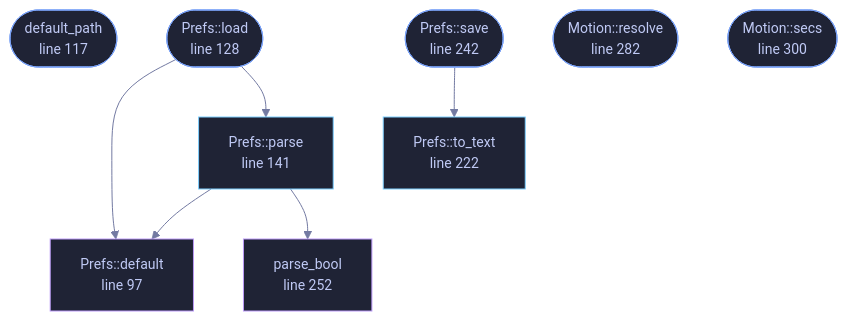
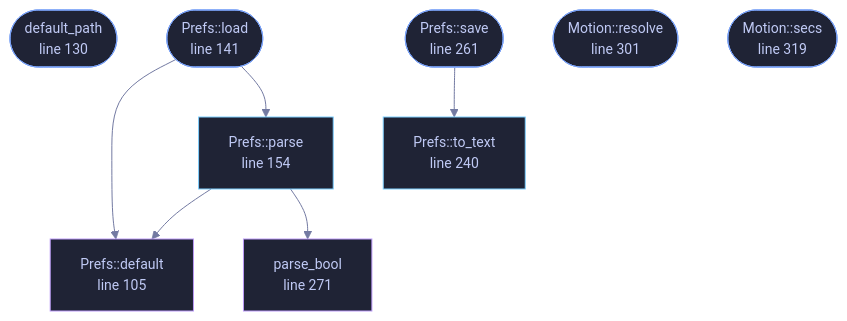
One commit to tilas01/veilvoice changed the diagram in docs/files/veilvoice-gui/prefs.md. Above: the diagram before and after it, drawn with Mermaid. The commit also changed other lines of this file and 81 other files, not shown here.

````diff
--- a/docs/files/veilvoice-gui/prefs.md
+++ b/docs/files/veilvoice-gui/prefs.md
@@ -109,33 +109,33 @@
 ```mermaid
 %%{init: {"theme":"base","themeVariables":{"background":"#1a1b26","primaryColor":"#1f2335","primaryTextColor":"#c0caf5","primaryBorderColor":"#7aa2f7","secondaryColor":"#16161e","tertiaryColor":"#16161e","lineColor":"#737aa2","textColor":"#c0caf5","mainBkg":"#1f2335","nodeBorder":"#7aa2f7","clusterBkg":"#16161e","clusterBorder":"#2f3549","fontFamily":"ui-monospace, SFMono-Regular, Consolas, monospace","fontSize":"14px"}}}%%
 flowchart TD
-    n_default["Prefs::default<br/>line 97"]
-    n_default_path(["default_path<br/>line 117"])
-    n_load(["Prefs::load<br/>line 128"])
-    n_parse["Prefs::parse<br/>line 141"]
-    n_to_text["Prefs::to_text<br/>line 222"]
-    n_save(["Prefs::save<br/>line 242"])
-    n_parse_bool["parse_bool<br/>line 252"]
-    n_resolve(["Motion::resolve<br/>line 282"])
-    n_secs(["Motion::secs<br/>line 300"])
+    n_default["Prefs::default<br/>line 105"]
+    n_default_path(["default_path<br/>line 130"])
+    n_load(["Prefs::load<br/>line 141"])
+    n_parse["Prefs::parse<br/>line 154"]
+    n_to_text["Prefs::to_text<br/>line 240"]
+    n_save(["Prefs::save<br/>line 261"])
+    n_parse_bool["parse_bool<br/>line 271"]
+    n_resolve(["Motion::resolve<br/>line 301"])
+    n_secs(["Motion::secs<br/>line 319"])
     n_load --> n_default
     n_load --> n_parse
     n_parse --> n_default
     n_parse --> n_parse_bool
     n_save --> n_to_text
-    click n_default href "https://github.com/tilas01/veilvoice/blob/main/crates/veilvoice-gui/src/prefs.rs#L97" "open the source"
-    click n_default_path href "https://github.com/tilas01/veilvoice/blob/main/crates/veilvoice-gui/src/prefs.rs#L117" "open the source"
-    click n_load href "https://github.com/tilas01/veilvoice/blob/main/crates/veilvoice-gui/src/prefs.rs#L128" "open the source"
-    click n_parse href "https://github.com/tilas01/veilvoice/blob/main/crates/veilvoice-gui/src/prefs.rs#L141" "open the source"
-    click n_to_text href "https://github.com/tilas01/veilvoice/blob/main/crates/veilvoice-gui/src/prefs.rs#L222" "open the source"
-    click n_save href "https://github.com/tilas01/veilvoice/blob/main/crates/veilvoice-gui/src/prefs.rs#L242" "open the source"
-    click n_parse_bool href "https://github.com/tilas01/veilvoice/blob/main/crates/veilvoice-gui/src/prefs.rs#L252" "open the source"
-    click n_resolve href "https://github.com/tilas01/veilvoice/blob/main/crates/veilvoice-gui/src/prefs.rs#L282" "open the source"
-    click n_secs href "https://github.com/tilas01/veilvoice/blob/main/crates/veilvoice-gui/src/prefs.rs#L300" "open the source"
+    click n_default href "https://github.com/tilas01/veilvoice/blob/main/crates/veilvoice-gui/src/prefs.rs#L105" "open the source"
+    click n_default_path href "https://github.com/tilas01/veilvoice/blob/main/crates/veilvoice-gui/src/prefs.rs#L130" "open the source"
+    click n_load href "https://github.com/tilas01/veilvoice/blob/main/crates/veilvoice-gui/src/prefs.rs#L141" "open the source"
+    click n_parse href "https://github.com/tilas01/veilvoice/blob/main/crates/veilvoice-gui/src/prefs.rs#L154" "open the source"
+    click n_to_text href "https://github.com/tilas01/veilvoice/blob/main/crates/veilvoice-gui/src/prefs.rs#L240" "open the source"
+    click n_save href "https://github.com/tilas01/veilvoice/blob/main/crates/veilvoice-gui/src/prefs.rs#L261" "open the source"
+    click n_parse_bool href "https://github.com/tilas01/veilvoice/blob/main/crates/veilvoice-gui/src/prefs.rs#L271" "open the source"
+    click n_resolve href "https://github.com/tilas01/veilvoice/blob/main/crates/veilvoice-gui/src/prefs.rs#L301" "open the source"
+    click n_secs href "https://github.com/tilas01/veilvoice/blob/main/crates/veilvoice-gui/src/prefs.rs#L319" "open the source"
     classDef entry fill:#1f2335,stroke:#7aa2f7,color:#c0caf5
     class n_default_path,n_load,n_save,n_resolve,n_secs entry
     classDef api fill:#1f2335,stroke:#7dcfff,color:#c0caf5
     class n_parse,n_to_text api
     classDef helper fill:#1f2335,stroke:#bb9af7,color:#c0caf5
     class n_default,n_parse_bool helper
 ```
````
